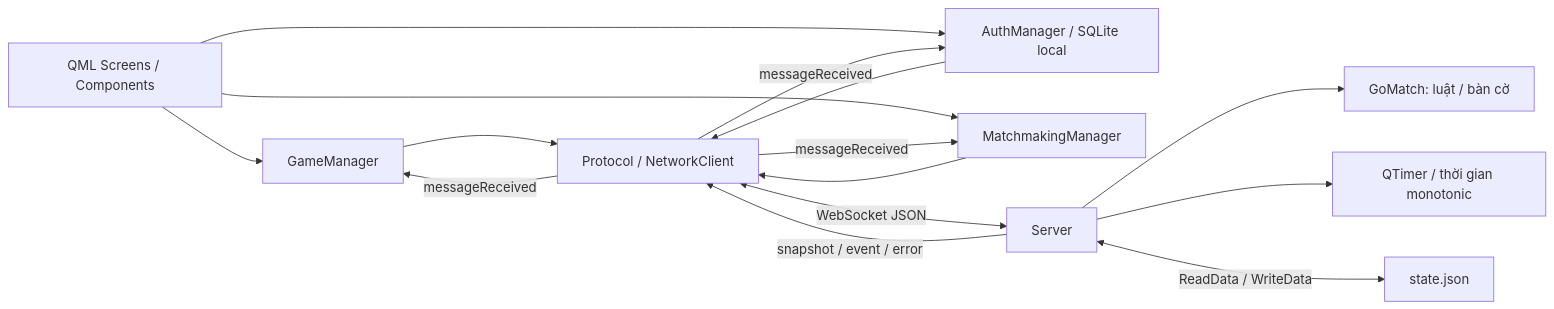
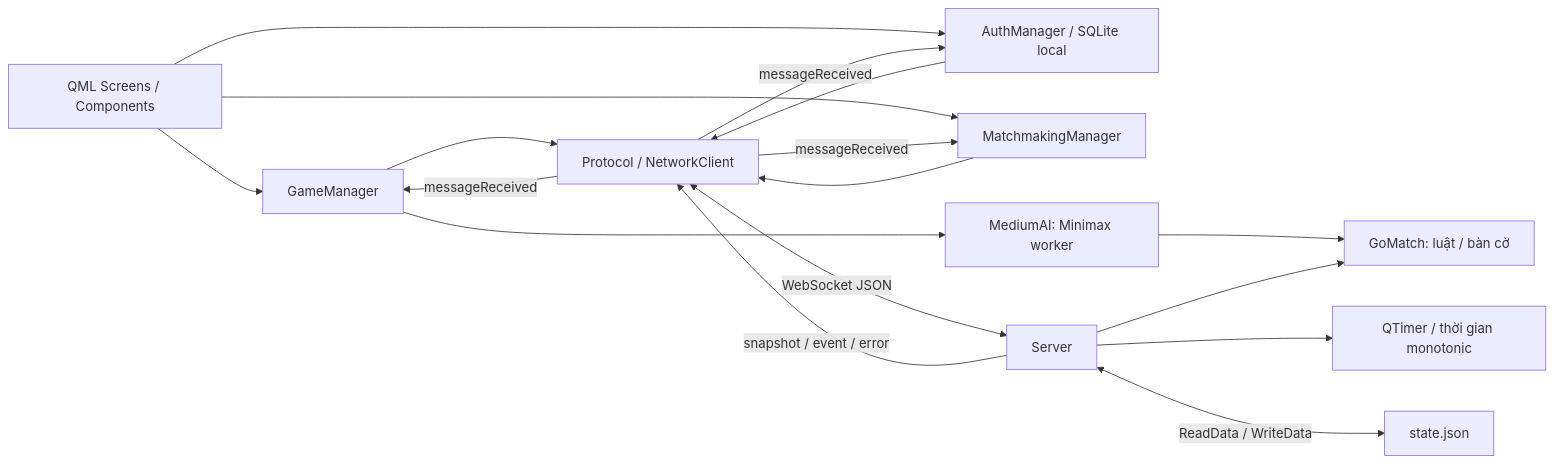
Before and after one commit to BunDauUwU/GoGame: the first of 2 diagrams in README.md, drawn with Mermaid. The commit also changed other lines of this file and 37 other files, not shown here.

````diff
--- a/README.md
+++ b/README.md
@@ -31,17 +31,19 @@
 ```mermaid
 flowchart LR
     UI[QML Screens / Components] --> Game[GameManager]
     UI --> Auth[AuthManager / SQLite local]
     UI --> Queue[MatchmakingManager]
+    Game --> AI[MediumAI: Minimax worker]
+    AI --> Rules
     Game --> Protocol[Protocol / NetworkClient]
     Auth --> Protocol
     Queue --> Protocol
     Protocol <-->|WebSocket JSON| Server[Server]
     Server --> Rules[GoMatch: luật / bàn cờ]
     Server --> Clock[QTimer / thời gian monotonic]
     Server <-->|ReadData / WriteData| File[state.json]
     Server -->|snapshot / event / error| Protocol
     Protocol -->|messageReceived| Game
     Protocol -->|messageReceived| Auth
     Protocol -->|messageReceived| Queue
 ```
````
